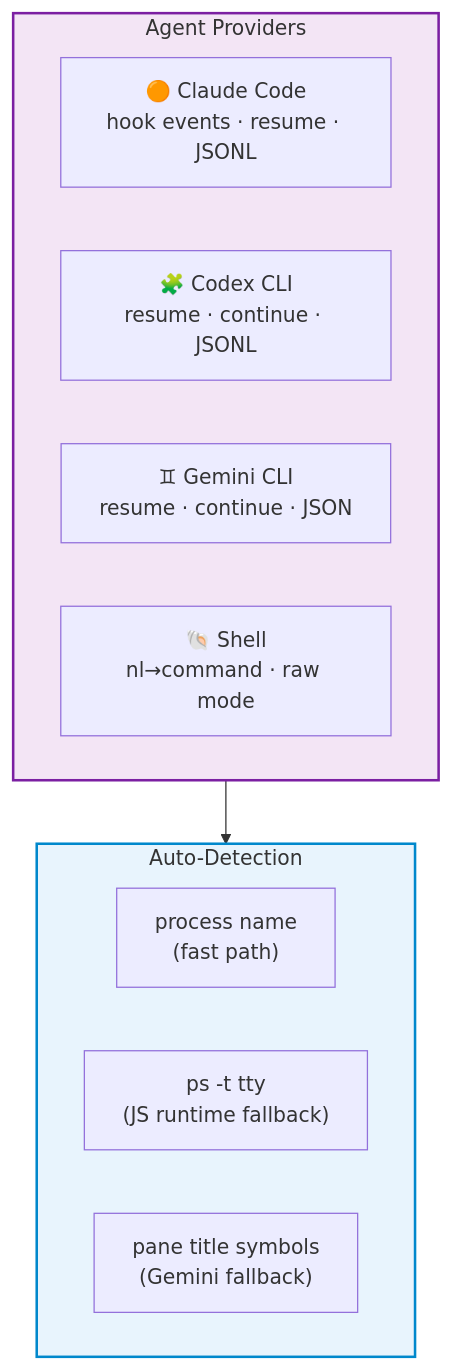
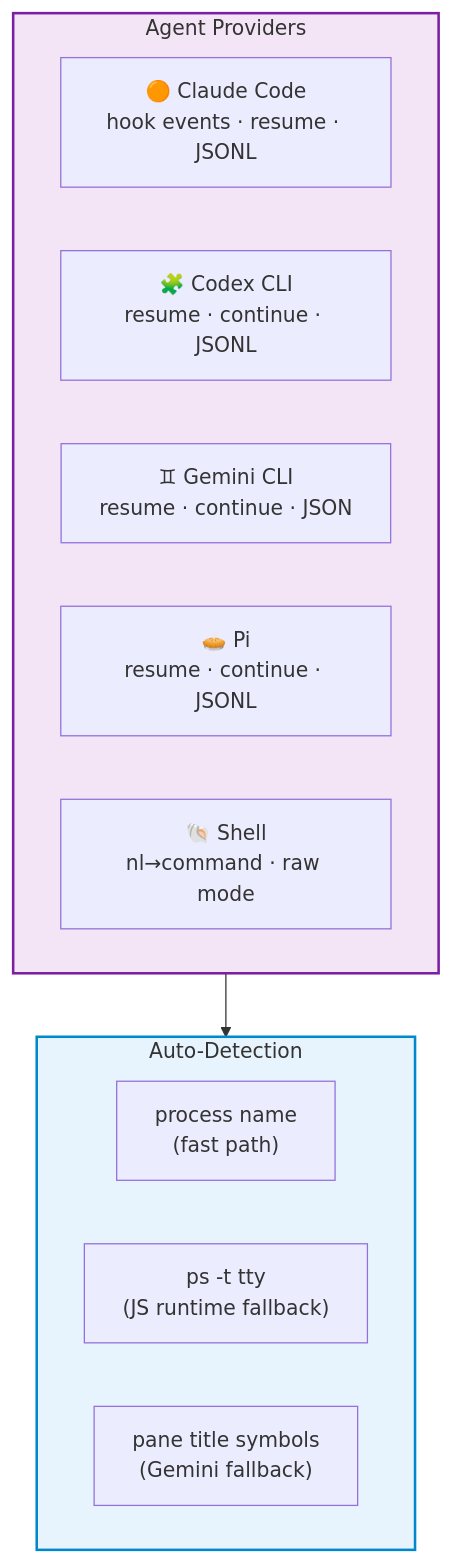
The second of 3 diagrams in README.md (alexei-led/ccbot), drawn with Mermaid before and after one commit. The commit also changed other lines of this file and 7 other files, not shown here.

First line of the commit message:
docs: document pi provider across user + architecture docs

````diff
--- a/README.md
+++ b/README.md
@@ -103,21 +105,22 @@
 ```mermaid
 graph TB
   subgraph providers["Agent Providers"]
     direction LR
     C["🟠 Claude Code\nhook events · resume · JSONL"]
     X["🧩 Codex CLI\nresume · continue · JSONL"]
     G["♊ Gemini CLI\nresume · continue · JSON"]
+    P["🥧 Pi\nresume · continue · JSONL"]
     S["🐚 Shell\nnl→command · raw mode"]
   end
 
   subgraph detection["Auto-Detection"]
     D1["process name\n(fast path)"]
     D2["ps -t tty\n(JS runtime fallback)"]
     D3["pane title symbols\n(Gemini fallback)"]
   end
 
   providers --> detection
 
   style providers fill:#f3e5f5,stroke:#7b1fa2,stroke-width:2px,color:#333
   style detection fill:#e8f4fd,stroke:#0088cc,stroke-width:2px,color:#333
 ```
````
